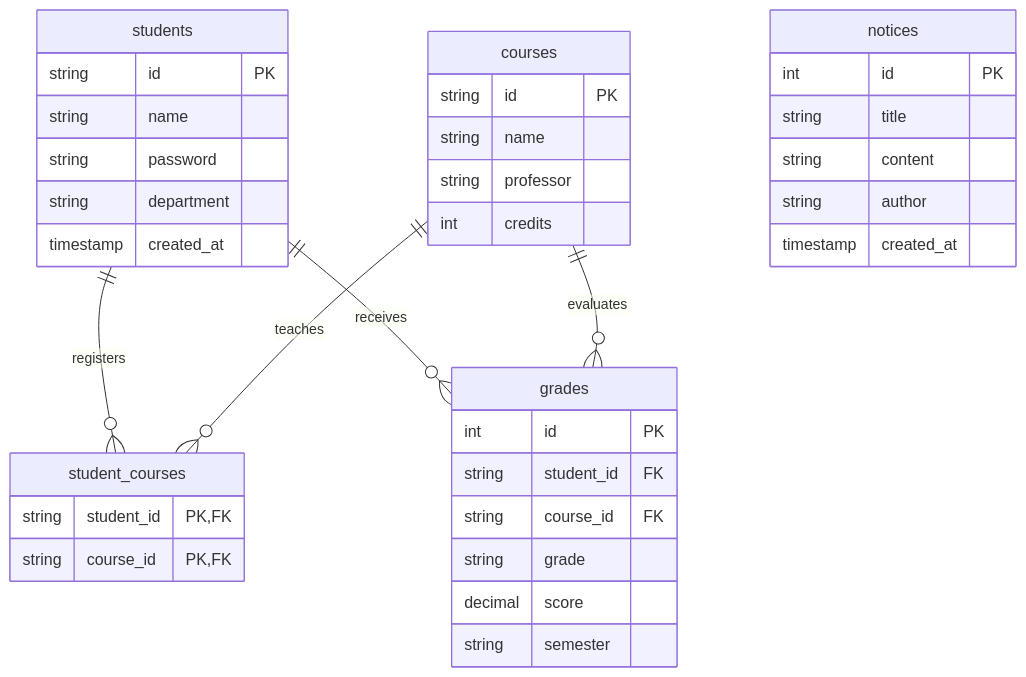
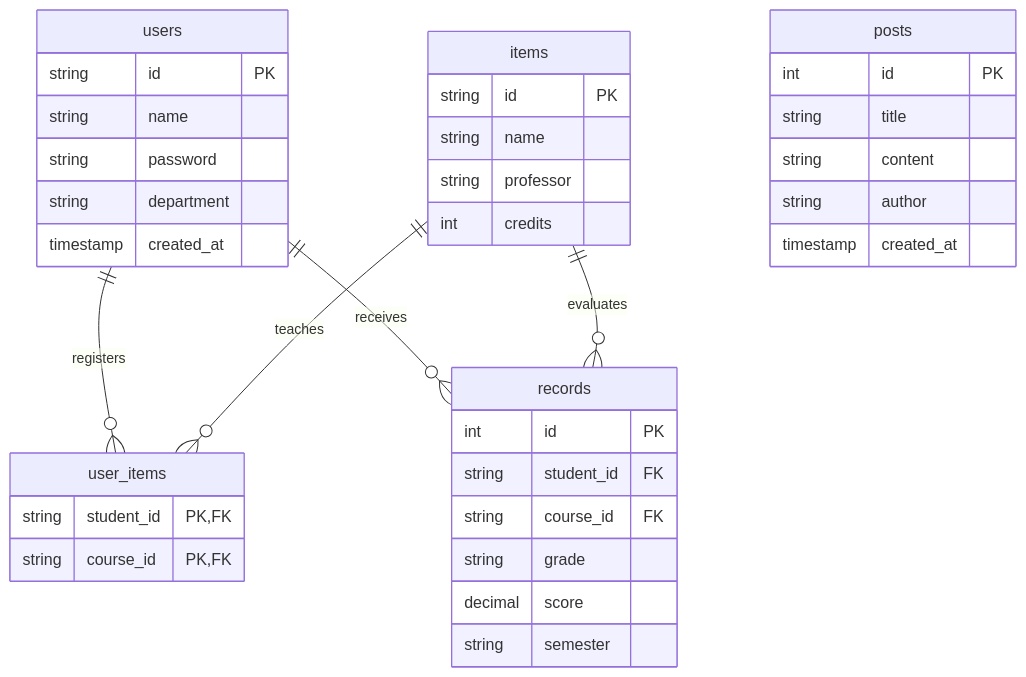
One commit to GitDaema/my-deploy-sandbox changed the diagram in db/ERD.md. Above: the diagram before and after it, drawn with Mermaid. The commit also changed 6 other files, not shown here.

````diff
--- a/db/ERD.md
+++ b/db/ERD.md
@@ -3,44 +3,44 @@
 ```mermaid
 erDiagram
-    students ||--o{ student_courses : registers
-    courses ||--o{ student_courses : teaches
-    students ||--o{ grades : receives
-    courses ||--o{ grades : evaluates
+    users ||--o{ user_items : registers
+    items ||--o{ user_items : teaches
+    users ||--o{ records : receives
+    items ||--o{ records : evaluates
     
-    students {
+    users {
         string id PK
         string name
         string password
         string department
         timestamp created_at
     }
 
-    notices {
+    posts {
         int id PK
         string title
         string content
         string author
         timestamp created_at
     }
 
-    courses {
+    items {
         string id PK
         string name
         string professor
         int credits
     }
 
-    student_courses {
+    user_items {
         string student_id PK, FK
         string course_id PK, FK
     }
 
-    grades {
+    records {
         int id PK
         string student_id FK
         string course_id FK
         string grade
         decimal score
         string semester
     }
 ```
````
